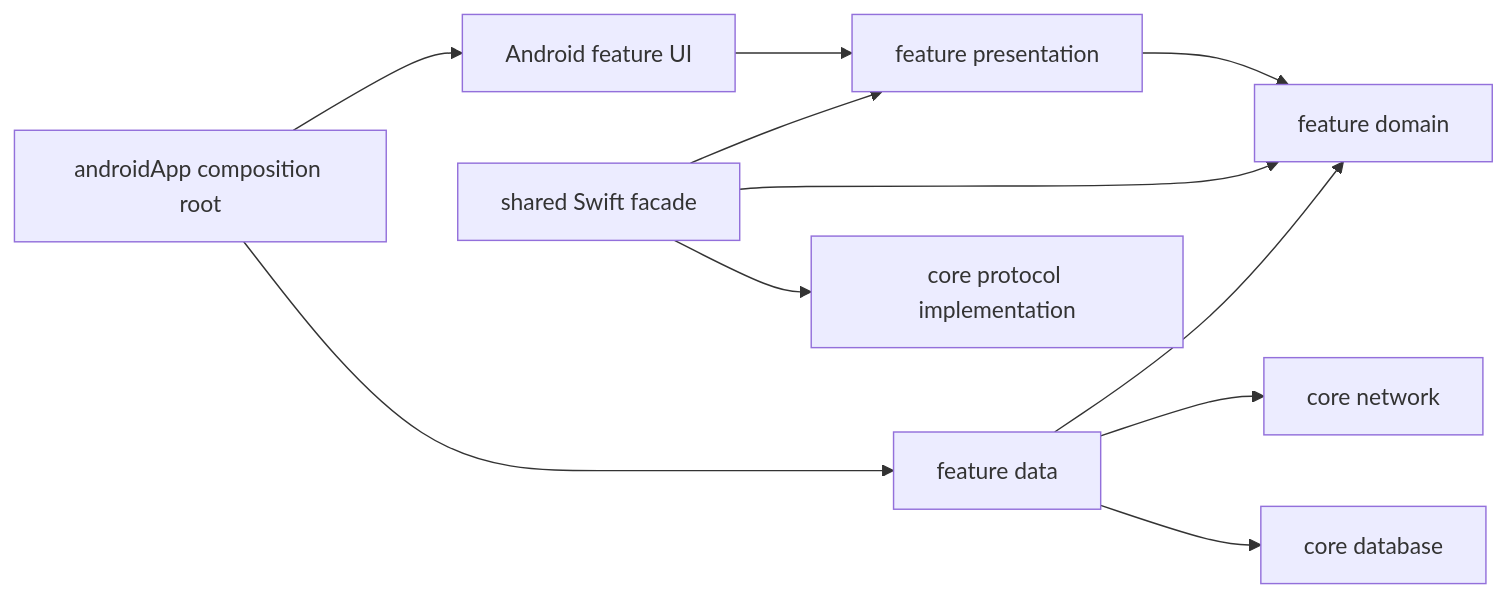
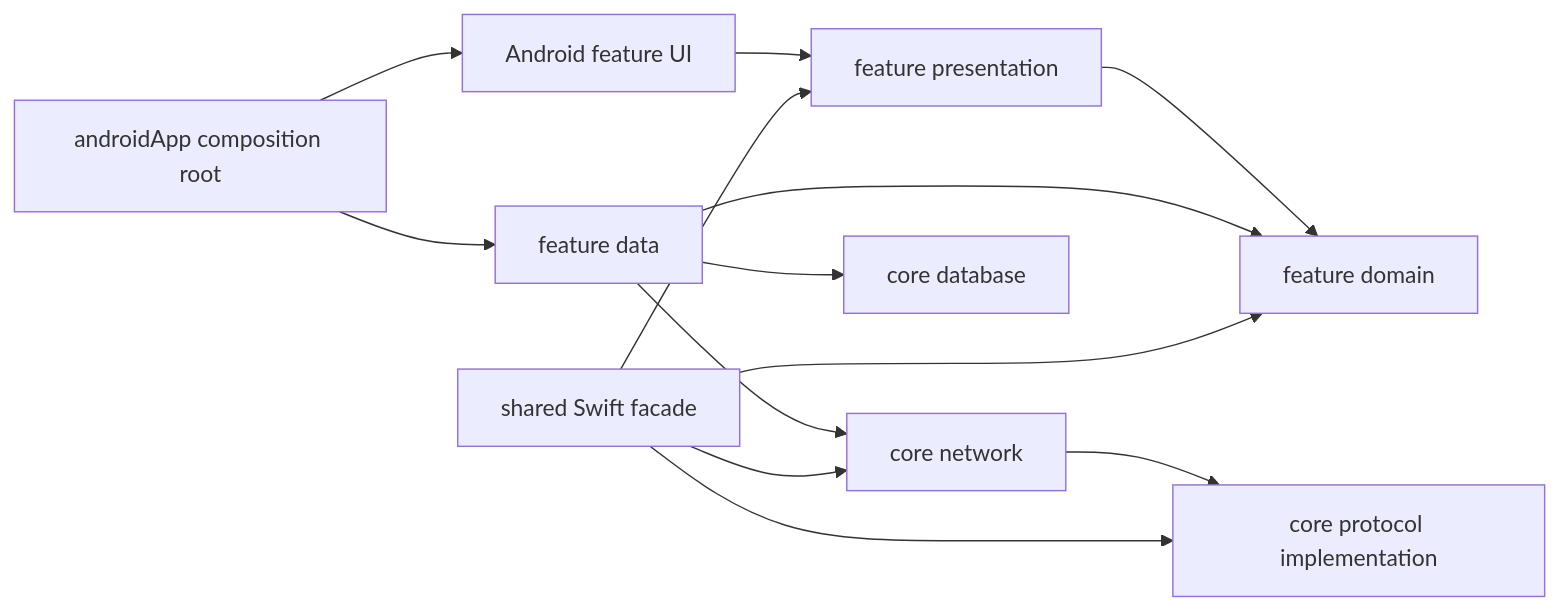
One commit to VictorSkurchik/rotki changed the diagram in mobile/docs/architecture.md. Above: the diagram before and after it, drawn with Mermaid. The commit also changed other lines of this file and 27 other files, not shown here.

Commit message:
refactor(mobile): extract core network

````diff
--- a/mobile/docs/architecture.md
+++ b/mobile/docs/architecture.md
@@ -131,13 +136,15 @@
 ```mermaid
 flowchart LR
     AndroidApp["androidApp composition root"] --> AndroidFeature["Android feature UI"]
     AndroidFeature --> Presentation["feature presentation"]
     Presentation --> Domain["feature domain"]
     Data["feature data"] --> Domain
     Data --> Network["core network"]
+    Network --> Protocol["core protocol implementation"]
     Data --> Database["core database"]
     AndroidApp --> Data
     Shared["shared Swift facade"] --> Presentation
     Shared --> Domain
-    Shared --> Protocol["core protocol implementation"]
+    Shared --> Protocol
+    Shared --> Network
 ```
````
